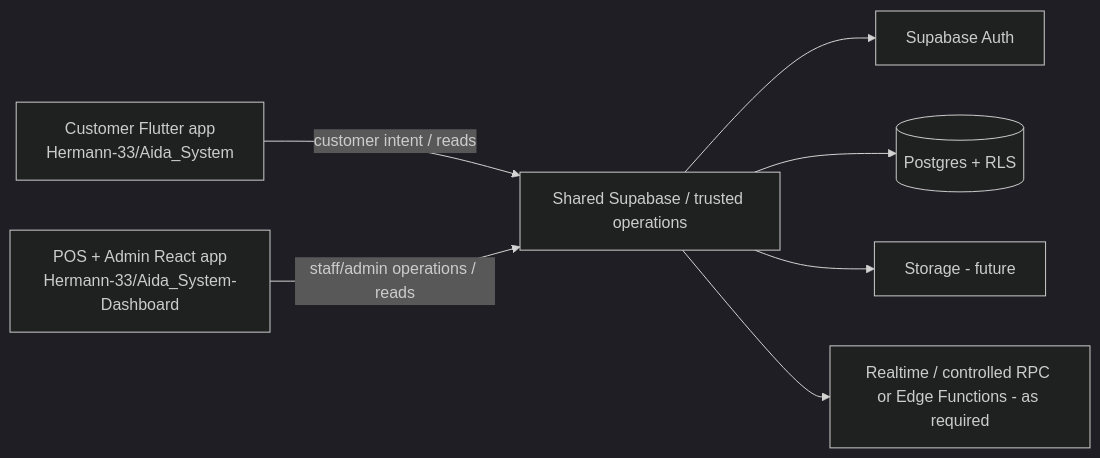
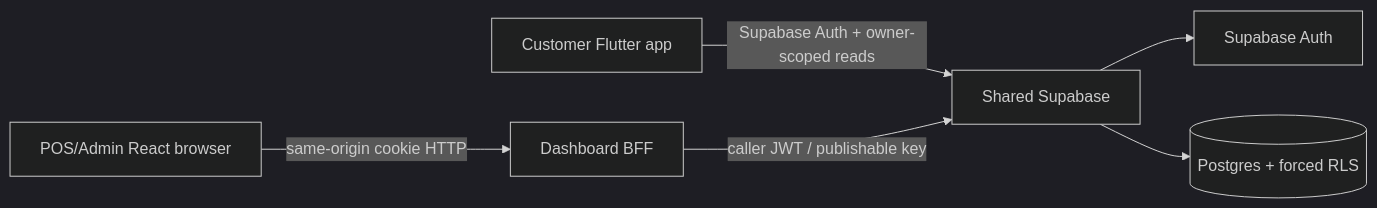
One commit to Hermann-33/Aida_System-Dashboard changed the diagram in docs/context/ARCHITECTURE.md. Above: the diagram before and after it, drawn with Mermaid (dark theme). The commit also changed other lines of this file and 13 other files, not shown here.

Commit message:
TASK-AUTH-002: synchronize auth BFF project context

````diff
--- a/docs/context/ARCHITECTURE.md
+++ b/docs/context/ARCHITECTURE.md
@@ -7,9 +7,8 @@
 ```mermaid
 flowchart LR
-    C[Customer Flutter app\nHermann-33/Aida_System] -->|customer intent / reads| B[Shared Supabase / trusted operations]
-    D[POS + Admin React app\nHermann-33/Aida_System-Dashboard] -->|staff/admin operations / reads| B
-    B --> A[Supabase Auth]
-    B --> P[(Postgres + RLS)]
-    B --> S[Storage - future]
-    B --> R[Realtime / controlled RPC or Edge Functions - as required]
+    C[Customer Flutter app] -->|Supabase Auth + owner-scoped reads| S[Shared Supabase]
+    D[POS/Admin React browser] -->|same-origin cookie HTTP| F[Dashboard BFF]
+    F -->|caller JWT / publishable key| S
+    S --> A[Supabase Auth]
+    S --> P[(Postgres + forced RLS)]
 ```
````
